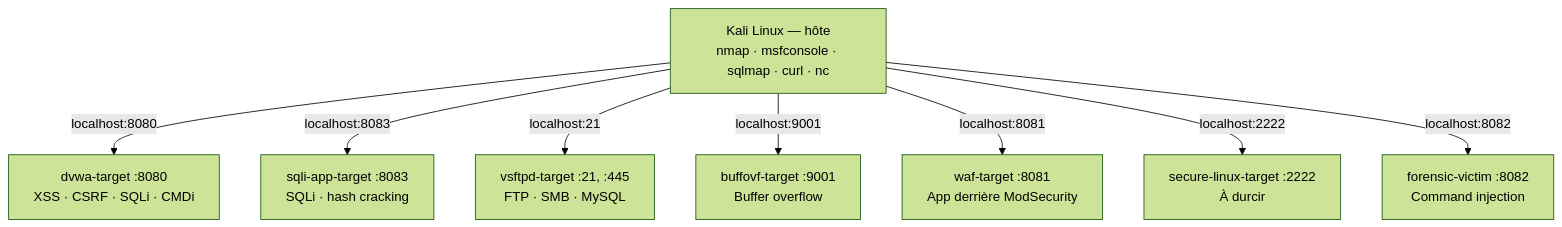
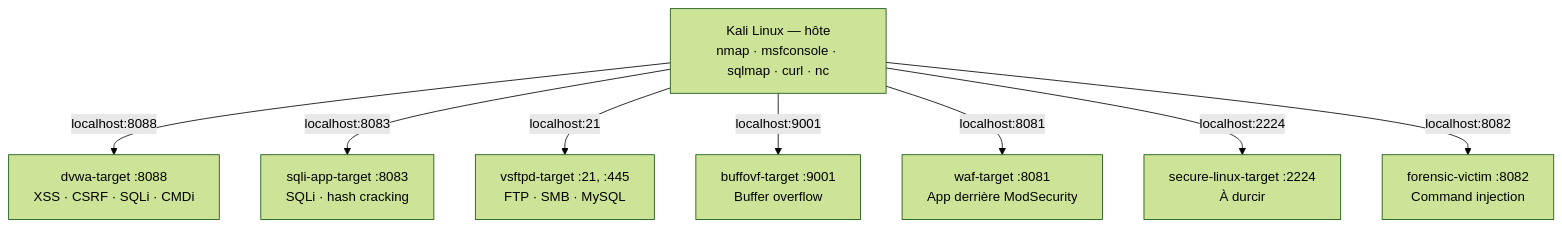
Before and after one commit to yugmerabtene/techniques-de-hacking-niveau-1: the first of 3 diagrams in JOUR-01-introduction-hacking-ethique-vulnerabilites.md, drawn with Mermaid (forest theme). The commit also changed other lines of this file and 29 other files, not shown here.

````diff
--- a/JOUR-01-introduction-hacking-ethique-vulnerabilites.md
+++ b/JOUR-01-introduction-hacking-ethique-vulnerabilites.md
@@ -86,18 +92,18 @@
 ```mermaid
 flowchart TB
     KALI["Kali Linux — hôte<br/>nmap · msfconsole · sqlmap · curl · nc"]
-    DVWA["dvwa-target :8080<br/>XSS · CSRF · SQLi · CMDi"]
+    DVWA["dvwa-target :8088<br/>XSS · CSRF · SQLi · CMDi"]
     SQLI["sqli-app-target :8083<br/>SQLi · hash cracking"]
     VSFTPD["vsftpd-target :21, :445<br/>FTP · SMB · MySQL"]
     BOF["buffovf-target :9001<br/>Buffer overflow"]
     WAF["waf-target :8081<br/>App derrière ModSecurity"]
-    SECLINUX["secure-linux-target :2222<br/>À durcir"]
+    SECLINUX["secure-linux-target :2224<br/>À durcir"]
     FORENSIC["forensic-victim :8082<br/>Command injection"]
-    KALI -->|"localhost:8080"| DVWA
+    KALI -->|"localhost:8088"| DVWA
     KALI -->|"localhost:8083"| SQLI
     KALI -->|"localhost:21"| VSFTPD
     KALI -->|"localhost:9001"| BOF
     KALI -->|"localhost:8081"| WAF
-    KALI -->|"localhost:2222"| SECLINUX
+    KALI -->|"localhost:2224"| SECLINUX
     KALI -->|"localhost:8082"| FORENSIC
 ```
````
